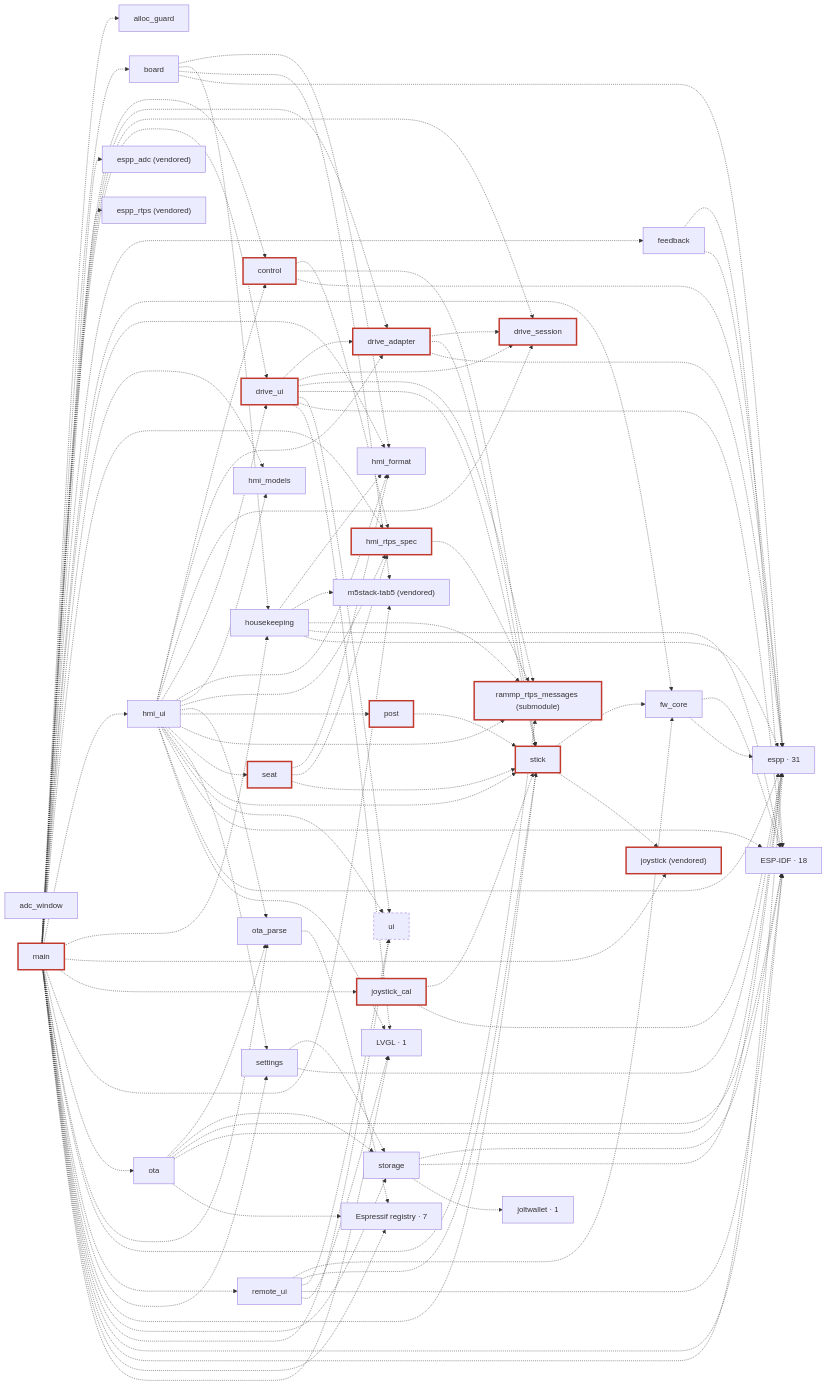
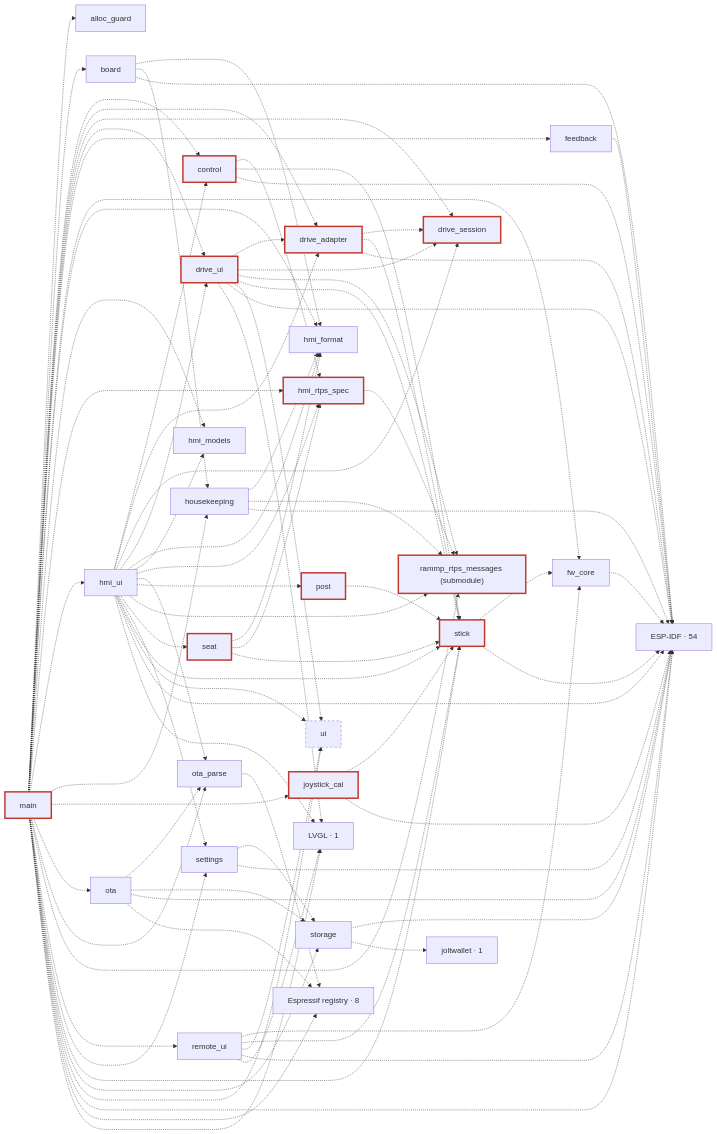
The third of 3 diagrams in docs/architecture.md (rammp-org/pace-hmi-fw), drawn with Mermaid before and after one commit. The commit also changed other lines of this file and 145 other files, not shown here.

````diff
--- a/docs/architecture.md
+++ b/docs/architecture.md
@@ -165,14 +165,11 @@
 ```mermaid
 flowchart LR
-  c_adc_window["adc_window"]
   c_alloc_guard["alloc_guard"]
   c_board["board"]
   c_control["control"]:::safety
   c_drive_adapter["drive_adapter"]:::safety
   c_drive_session["drive_session"]:::safety
   c_drive_ui["drive_ui"]:::safety
-  c_espp_adc["espp_adc (vendored)"]
-  c_espp_rtps["espp_rtps (vendored)"]
   c_feedback["feedback"]
   c_fw_core["fw_core"]
   c_hmi_format["hmi_format"]
@@ -180,9 +177,7 @@
   c_hmi_rtps_spec["hmi_rtps_spec"]:::safety
   c_hmi_ui["hmi_ui"]
   c_housekeeping["housekeeping"]
-  c_joystick["joystick (vendored)"]:::safety
   c_joystick_cal["joystick_cal"]:::safety
-  c_m5stack_tab5["m5stack-tab5 (vendored)"]
   c_main["main"]:::safety
   c_ota["ota"]
   c_ota_parse["ota_parse"]
@@ -194,21 +189,19 @@
   c_stick["stick"]:::safety
   c_storage["storage"]
   c_ui["ui"]:::gen
-  g_ESP_IDF["ESP-IDF · 18"]
-  g_espp["espp · 31"]
-  g_Espressif_registry["Espressif registry · 7"]
+  g_ESP_IDF["ESP-IDF · 54"]
+  g_Espressif_registry["Espressif registry · 8"]
   g_joltwallet["joltwallet · 1"]
   g_LVGL["LVGL · 1"]
   c_board -.-> c_hmi_format
   c_board -.-> c_housekeeping
-  c_board -.-> c_m5stack_tab5
-  c_board -.-> g_espp
+  c_board -.-> g_ESP_IDF
   c_control -.-> c_hmi_rtps_spec
   c_control -.-> c_stick
-  c_control -.-> g_espp
+  c_control -.-> g_ESP_IDF
   c_drive_adapter -.-> c_drive_session
   c_drive_adapter -.-> c_stick
-  c_drive_adapter -.-> g_espp
+  c_drive_adapter -.-> g_ESP_IDF
   c_drive_ui -.-> c_drive_adapter
   c_drive_ui -.-> c_drive_session
   c_drive_ui -.-> c_rammp_rtps_messages
@@ -217,9 +210,7 @@
   c_drive_ui -.-> g_ESP_IDF
   c_drive_ui -.-> g_LVGL
   c_feedback -.-> g_ESP_IDF
-  c_feedback -.-> g_espp
   c_fw_core -.-> g_ESP_IDF
-  c_fw_core -.-> g_espp
   c_hmi_rtps_spec -.-> c_rammp_rtps_messages
   c_hmi_ui -.-> c_control
   c_hmi_ui -.-> c_drive_adapter
@@ -236,23 +227,18 @@
   c_hmi_ui -.-> c_stick
   c_hmi_ui -.-> c_ui
   c_hmi_ui -.-> g_ESP_IDF
-  c_hmi_ui -.-> g_espp
   c_hmi_ui -.-> g_LVGL
   c_housekeeping -.-> c_hmi_format
-  c_housekeeping -.-> c_m5stack_tab5
   c_housekeeping -.-> c_rammp_rtps_messages
   c_housekeeping -.-> g_ESP_IDF
-  c_housekeeping -.-> g_espp
   c_joystick_cal -.-> c_stick
-  c_joystick_cal -.-> g_espp
+  c_joystick_cal -.-> g_ESP_IDF
   c_main -.-> c_alloc_guard
   c_main -.-> c_board
   c_main -.-> c_control
   c_main -.-> c_drive_adapter
   c_main -.-> c_drive_session
   c_main -.-> c_drive_ui
-  c_main -.-> c_espp_adc
-  c_main -.-> c_espp_rtps
   c_main -.-> c_feedback
   c_main -.-> c_fw_core
   c_main -.-> c_hmi_format
@@ -260,9 +246,7 @@
   c_main -.-> c_hmi_rtps_spec
   c_main -.-> c_hmi_ui
   c_main -.-> c_housekeeping
-  c_main -.-> c_joystick
   c_main -.-> c_joystick_cal
-  c_main -.-> c_m5stack_tab5
   c_main -.-> c_ota
   c_main -.-> c_ota_parse
   c_main -.-> c_rammp_rtps_messages
@@ -272,13 +256,11 @@
   c_main -.-> c_storage
   c_main -.-> c_ui
   c_main -.-> g_ESP_IDF
-  c_main -.-> g_espp
   c_main -.-> g_Espressif_registry
   c_main -.-> g_LVGL
   c_ota -.-> c_ota_parse
   c_ota -.-> c_storage
   c_ota -.-> g_ESP_IDF
-  c_ota -.-> g_espp
   c_ota -.-> g_Espressif_registry
   c_ota_parse -.-> g_Espressif_registry
   c_post -.-> c_stick
@@ -291,11 +273,10 @@
   c_seat -.-> c_hmi_rtps_spec
   c_seat -.-> c_stick
   c_settings -.-> c_storage
-  c_settings -.-> g_espp
+  c_settings -.-> g_ESP_IDF
   c_stick -.-> c_fw_core
-  c_stick -.-> c_joystick
+  c_stick -.-> g_ESP_IDF
   c_storage -.-> g_ESP_IDF
-  c_storage -.-> g_espp
   c_storage -.-> g_joltwallet
   classDef hw fill:#d9dde3,stroke:#7a8590,color:#111
   classDef safety stroke:#c0392b,stroke-width:3px
````
